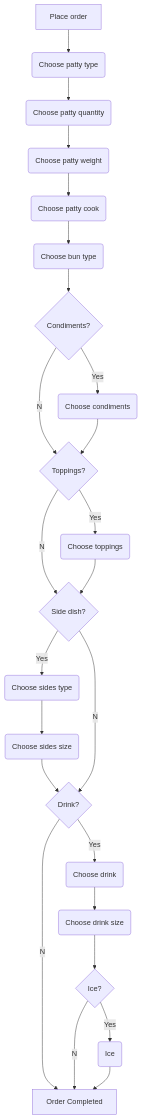
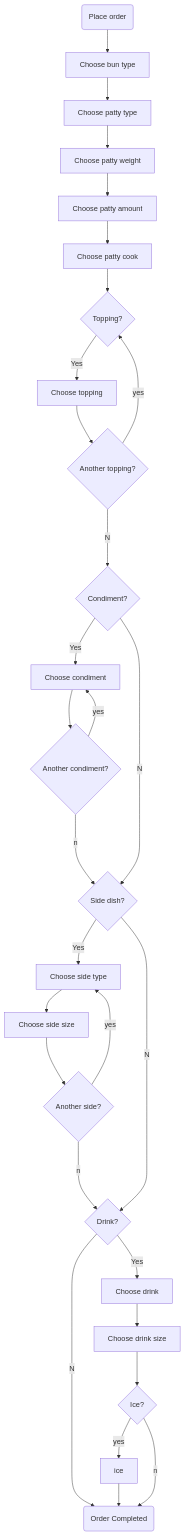
One commit to yusale9/student-showcase changed the diagram in student-work/solidoc/api-final-project/readme.md. Above: the diagram before and after it, drawn with Mermaid.

Commit message:
Update readme.md
Update to workflow

````diff
--- a/student-work/solidoc/api-final-project/readme.md
+++ b/student-work/solidoc/api-final-project/readme.md
@@ -34,28 +34,32 @@
 ```mermaid
   flowchart TD;
   
-      A[Place order]-->B(Choose patty type);
-      B-->C(Choose patty quantity);
-      C-->D(Choose patty weight);
-      D-->E(Choose patty cook);
-      E-->F(Choose bun type);
-      F-->G{Condiments?};
-      G--Yes-->H(Choose condiments);
-      G--No-->J{Toppings?};
-      H-->J;
-      J--Yes-->K(Choose toppings);
-      J--No-->L{Side dish?};
-      K-->L;
-      L--Yes-->N(Choose sides type);
-      N-->O(Choose sides size);
-      O-->P;
-      L--No-->P{Drink?};
-      P--Yes-->Q(Choose drink);
-      P--No-->U;
-      Q-->R(Choose drink size);
-      R-->S{Ice?}
-      S--Yes-->T(Ice)
-      S--No-->U[Order Completed]
-      T-->U;
-
+     A(Place order)-->B[Choose bun type];
+      B-->C[Choose patty type];
+      C-->D[Choose patty weight];
+      D-->E[Choose patty amount];
+      E-->F[Choose patty cook];
+      F-->G{Topping?};
+      G--Yes-->H[Choose topping];
+      H-->J{Another topping?}
+      J--yes-->G;
+      J--No-->K{Condiment?};
+      K--Yes-->L[Choose condiment];
+      L-->W{Another condiment?}
+      W--yes-->L;
+      W--no-->M;
+      K--No-->M{Side dish?};
+      M--Yes-->O[Choose side type];
+      O-->P[Choose side size];
+      P-->X{Another side?};
+      X--yes-->O;
+      X--no-->Q;
+      M--No-->Q{Drink?};
+      Q--Yes-->R[Choose drink];
+      Q--No-->V;
+      R-->S[Choose drink size];
+      S-->T{Ice?}
+      T--yes-->U[ice];
+      U-->V;        
+      T--no-->V(Order Completed);
 ```
````
